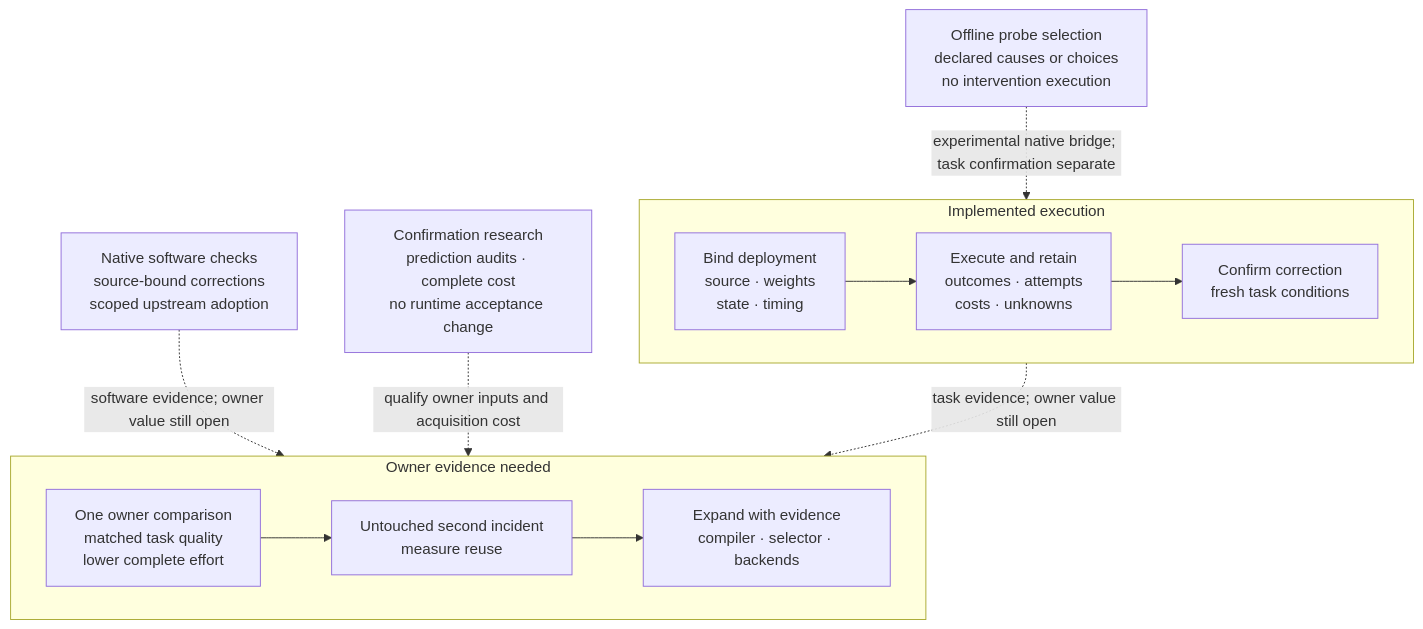
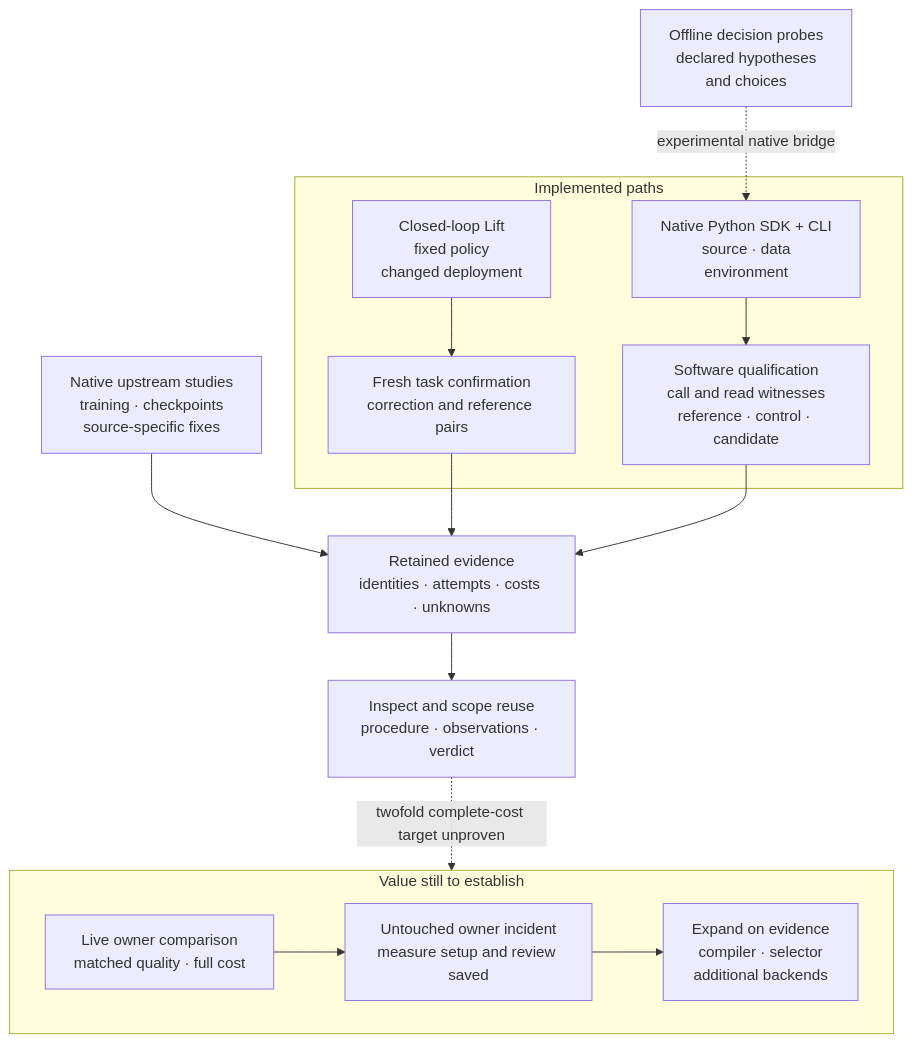
Before and after one commit to manfromnowhere143/nisayon: the first of 3 diagrams in README.md, drawn with Mermaid. The commit also changed other lines of this file and 6 other files, not shown here.

First line of the commit message:
Explain native qualification, evidence reuse and full-weight continuation

````diff
--- a/README.md
+++ b/README.md
@@ -52,24 +58,21 @@
 ```mermaid
 flowchart TB
-    accTitle: Implemented Nisayon tools and the next evidence needed
-    accDescr: Case binding, bounded execution and fresh confirmation are implemented. Offline decision probes do not execute interventions. Native checks provide software evidence, including a separately selected reuse case. Prediction-audit research is separate from runtime acceptance. A real owner's matched comparison and lower complete cost remain unproved; broader expansion depends on that evidence.
-    subgraph W["Implemented execution"]
+    accTitle: Nisayon execution, retained evidence, reuse and the next value test
+    accDescr: Closed-loop Lift experiments require fresh task confirmation. The native Python SDK checks declared software relations and owner-file reads. Separate upstream studies qualify exact source and training recipes. All retain scoped evidence and costs. Procedure, observation and verdict reuse have different requirements. Owner savings and a separate untouched owner incident remain unproved; expansion depends on those results.
+    subgraph W["Implemented paths"]
+        T["Closed-loop Lift<br/>fixed policy<br/>changed deployment"] --> F["Fresh task confirmation<br/>correction and reference pairs"]
+        N["Native Python SDK + CLI<br/>source · data<br/>environment"] --> S["Software qualification<br/>call and read witnesses<br/>reference · control · candidate"]
+    end
+    D["Offline decision probes<br/>declared hypotheses<br/>and choices"] -. "experimental native bridge" .-> N
+    X["Native upstream studies<br/>training · checkpoints<br/>source-specific fixes"] --> H
+    F --> H["Retained evidence<br/>identities · attempts · costs · unknowns"]
+    S --> H
+    H --> R["Inspect and scope reuse<br/>procedure · observations · verdict"]
+    subgraph V["Value still to establish"]
         direction LR
-        I["Bind deployment<br/>source · weights<br/>state · timing"]
-        I --> E["Execute and retain<br/>outcomes · attempts<br/>costs · unknowns"]
-        E --> C["Confirm correction<br/>fresh task conditions"]
+        O["Live owner comparison<br/>matched quality · full cost"]
+        O --> U["Untouched owner incident<br/>measure setup and review saved"]
+        U --> P["Expand on evidence<br/>compiler · selector<br/>additional backends"]
     end
-    D["Offline probe selection<br/>declared causes or choices<br/>no intervention execution"]
-    D -. "experimental native bridge; task confirmation separate" .-> E
-    N["Native software checks<br/>source-bound corrections<br/>scoped upstream adoption"]
-    R["Confirmation research<br/>prediction audits · complete cost<br/>no runtime acceptance change"]
-    subgraph V["Owner evidence needed"]
-        direction LR
-        O["One owner comparison<br/>matched task quality<br/>lower complete effort"]
-        O --> U["Untouched second incident<br/>measure reuse"]
-        U --> P["Expand with evidence<br/>compiler · selector · backends"]
-    end
-    C -. "task evidence; owner value still open" .-> O
-    N -. "software evidence; owner value still open" .-> O
-    R -. "qualify owner inputs and acquisition cost" .-> O
+    R -. "twofold complete-cost target unproven" .-> V
 ```
````
